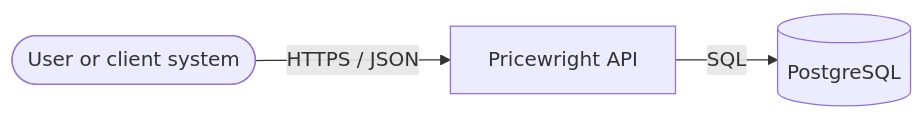
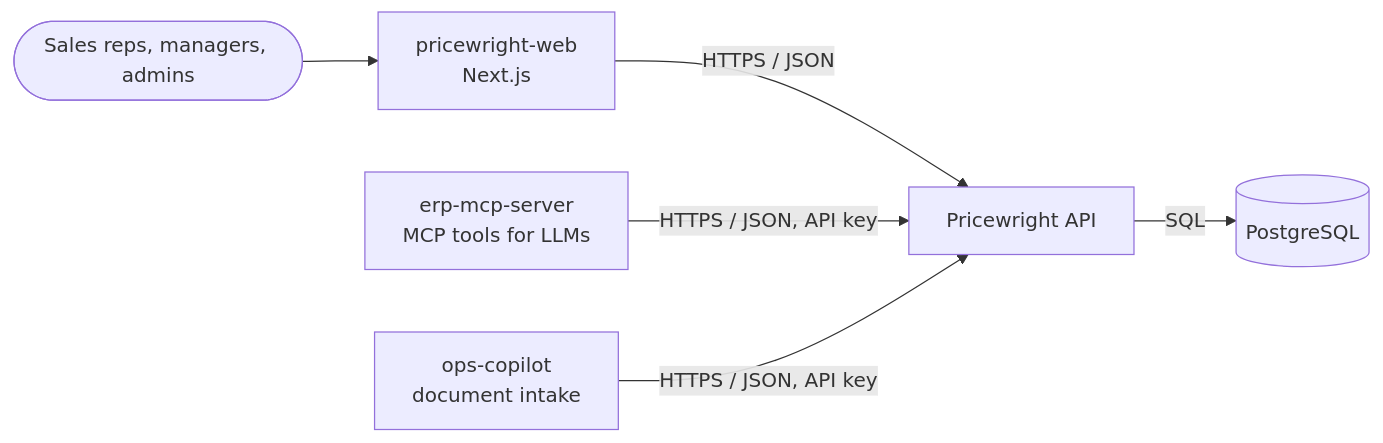
The first of 2 diagrams in docs/architecture.md (odvprogra/pricewright-api), drawn with Mermaid before and after one commit. The commit also changed other lines of this file and 4 other files, not shown here.

````diff
--- a/docs/architecture.md
+++ b/docs/architecture.md
@@ -9,5 +11,8 @@
 ```mermaid
 flowchart LR
-    user([User or client system]) -->|HTTPS / JSON| service[Pricewright API]
+    staff([Sales reps, managers, admins]) --> web[pricewright-web<br/>Next.js]
+    web -->|HTTPS / JSON| service[Pricewright API]
+    mcp[erp-mcp-server<br/>MCP tools for LLMs] -->|HTTPS / JSON, API key| service
+    copilot[ops-copilot<br/>document intake] -->|HTTPS / JSON, API key| service
     service -->|SQL| db[(PostgreSQL)]
 ```
````
